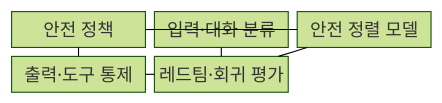
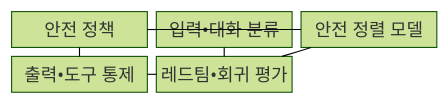
One commit to agnusdei1207/knowledge-base changed the first of 2 diagrams in src/content/docs/notes/05-security/081_jailbreak_attack.md. Above: the diagram before and after it, drawn with Mermaid (forest theme). The commit also changed other lines of this file and 953 other files, not shown here.

````diff
--- a/src/content/docs/notes/05-security/081_jailbreak_attack.md
+++ b/src/content/docs/notes/05-security/081_jailbreak_attack.md
@@ -63,15 +63,15 @@
 ```mermaid
 block-beta
   columns 3
   A["안전 정책"]
-  B["입력·대화 분류"]
+  B["입력•대화 분류"]
   C["안전 정렬 모델"]
-  D["출력·도구 통제"]
-  E["레드팀·회귀 평가"]
+  D["출력•도구 통제"]
+  E["레드팀•회귀 평가"]
   A --- B
   A --- C
   A --- D
   E --- B
   E --- C
   E --- D
 ```
````
